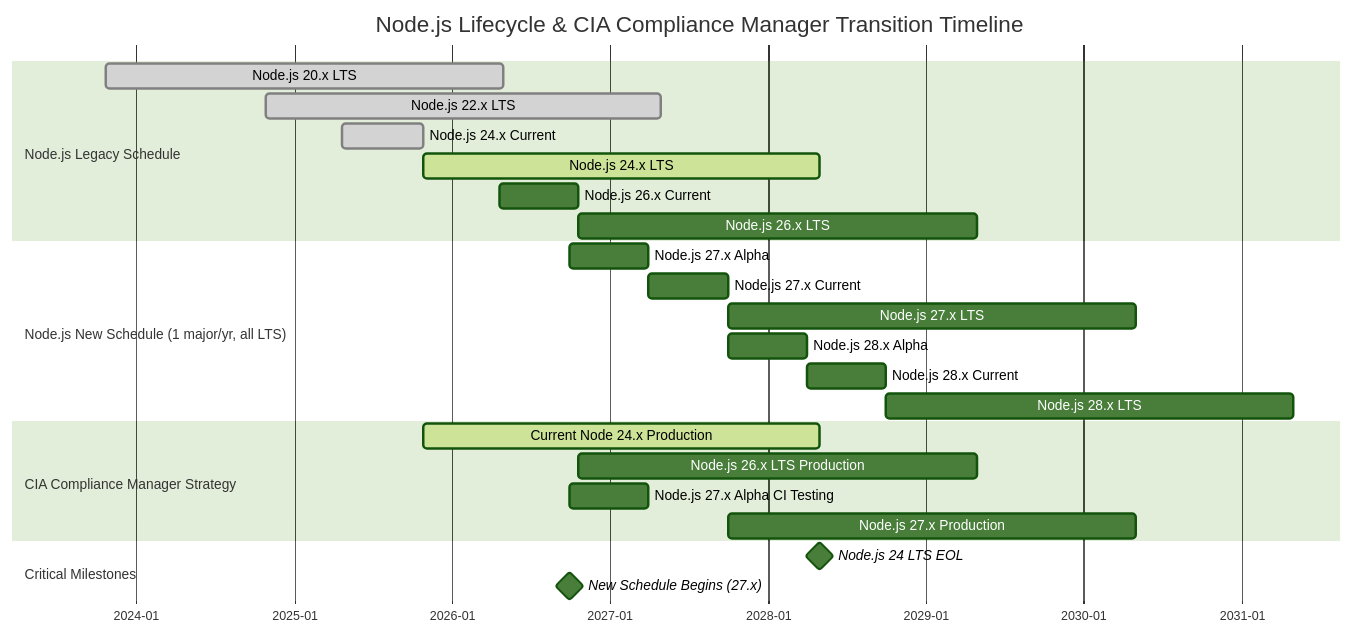
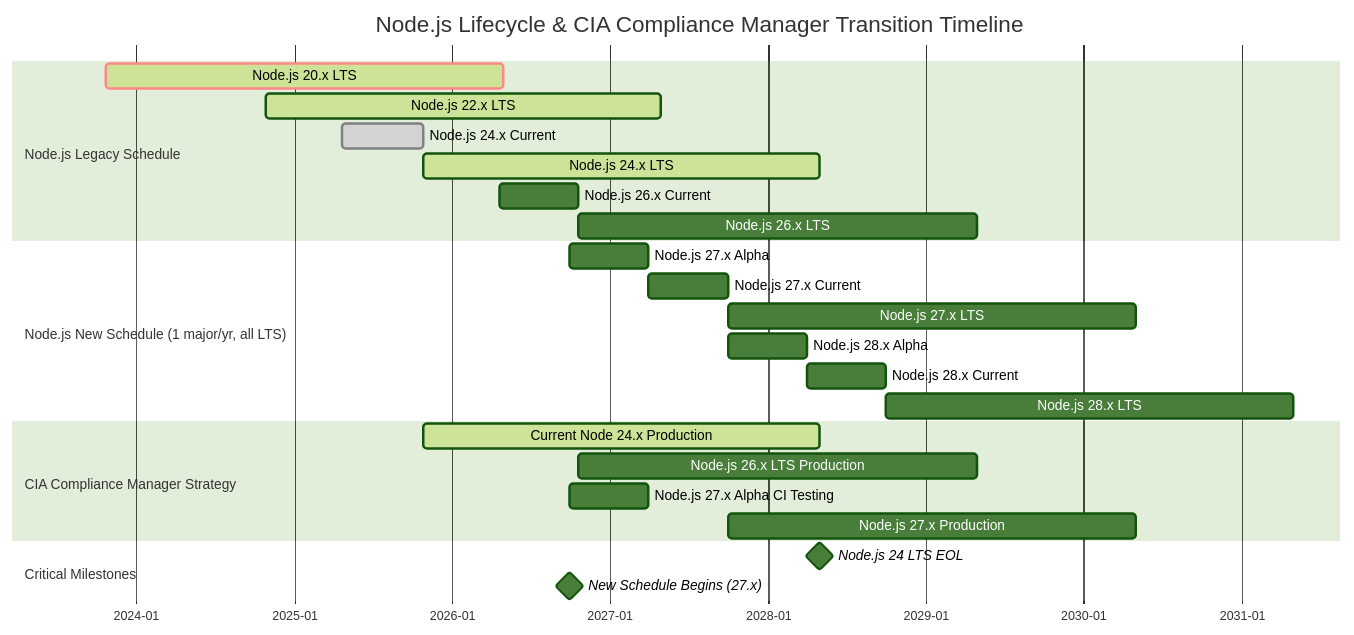
The second of 9 diagrams in docs/End-of-Life-Strategy.md (Hack23/cia-compliance-manager), drawn with Mermaid (forest theme) before and after one commit. The commit also changed other lines of this file and 1 other file, not shown here.

Commit message:
fix: align RTO/RPO with BCPPlan, fix Gantt status for active Node versions, update FUTURE_ARCHITECTURE to Node 24

````diff
--- a/docs/End-of-Life-Strategy.md
+++ b/docs/End-of-Life-Strategy.md
@@ -170,32 +170,32 @@
 ```mermaid
 gantt
     title Node.js Lifecycle & CIA Compliance Manager Transition Timeline
     dateFormat YYYY-MM-DD
     axisFormat %Y-%m
 
     section Node.js Legacy Schedule
-    Node.js 20.x LTS           :done, node20lts, 2023-10-24, 2026-04-30
-    Node.js 22.x LTS           :done, node22lts, 2024-10-29, 2027-04-30
+    Node.js 20.x LTS           :crit, active, node20lts, 2023-10-24, 2026-04-30
+    Node.js 22.x LTS           :active, node22lts, 2024-10-29, 2027-04-30
     Node.js 24.x Current       :done, node24cur, 2025-04-22, 2025-10-28
     Node.js 24.x LTS           :active, node24lts, 2025-10-28, 2028-04-30
     Node.js 26.x Current       :node26cur, 2026-04-21, 2026-10-20
     Node.js 26.x LTS           :node26lts, 2026-10-20, 2029-04-30
 
     section Node.js New Schedule (1 major/yr, all LTS)
     Node.js 27.x Alpha         :node27a, 2026-10-01, 2027-03-31
     Node.js 27.x Current       :node27cur, 2027-04-01, 2027-10-01
     Node.js 27.x LTS           :node27lts, 2027-10-01, 2030-04-30
     Node.js 28.x Alpha         :node28a, 2027-10-01, 2028-03-31
     Node.js 28.x Current       :node28cur, 2028-04-01, 2028-10-01
     Node.js 28.x LTS           :node28lts, 2028-10-01, 2031-04-30
 
     section CIA Compliance Manager Strategy
     Current Node 24.x Production :active, cm24prod, 2025-10-28, 2028-04-30
     Node.js 26.x LTS Production  :cm26prod, 2026-10-20, 2029-04-30
     Node.js 27.x Alpha CI Testing:cm27alpha, 2026-10-01, 2027-04-01
     Node.js 27.x Production      :cm27prod, 2027-10-01, 2030-04-30
 
     section Critical Milestones
     Node.js 24 LTS EOL          :milestone, node24eol, 2028-04-30, 0d
     New Schedule Begins (27.x)  :milestone, newschedule, 2026-10-01, 0d
 ```
````
